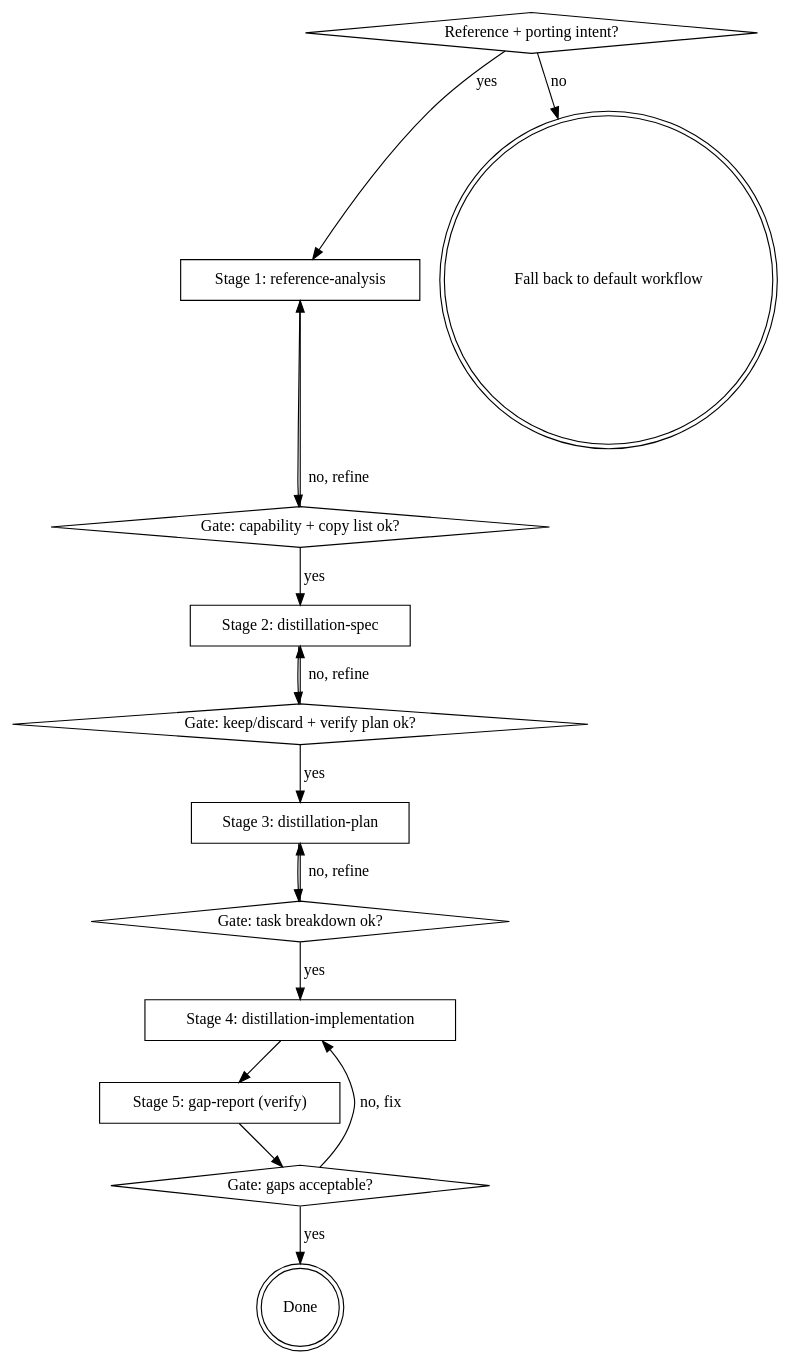
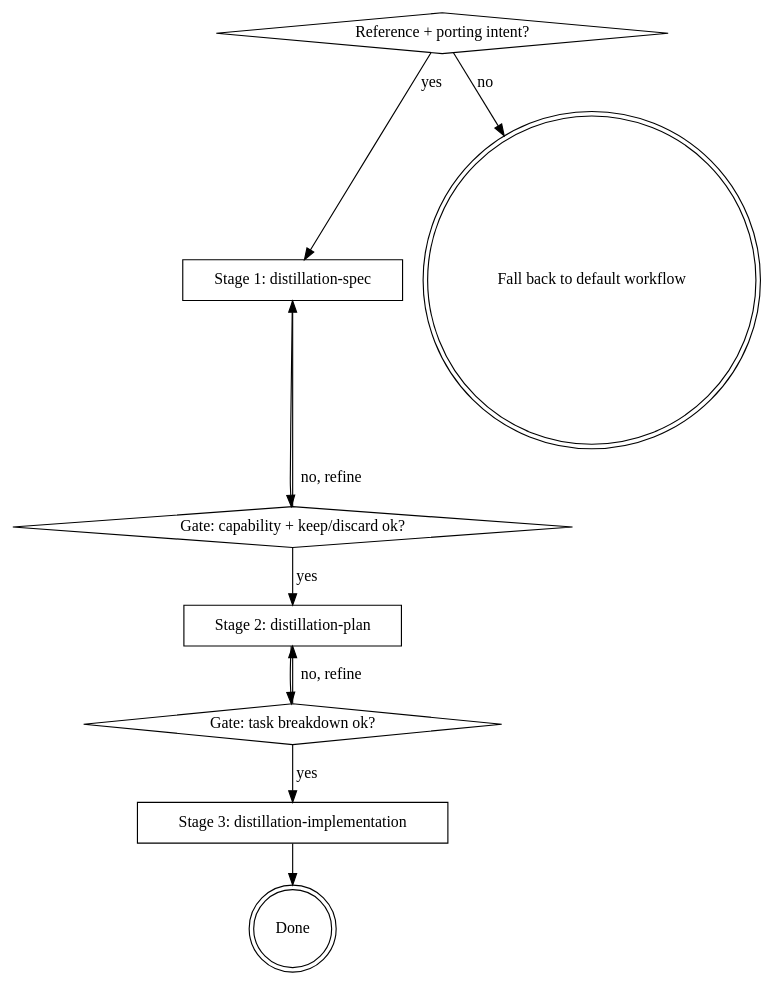
Before and after one commit to duongnghia222/code-distilling: the diagram in skills/using-code-distilling/SKILL.md, drawn with Graphviz. The commit also changed other lines of this file and 13 other files, not shown here.

````diff
--- a/skills/using-code-distilling/SKILL.md
+++ b/skills/using-code-distilling/SKILL.md
@@ -34,32 +34,22 @@
 ```dot
 digraph distilling {
     "Reference + porting intent?" [shape=diamond];
-    "Stage 1: reference-analysis" [shape=box];
-    "Gate: capability + copy list ok?" [shape=diamond];
-    "Stage 2: distillation-spec" [shape=box];
-    "Gate: keep/discard + verify plan ok?" [shape=diamond];
-    "Stage 3: distillation-plan" [shape=box];
+    "Stage 1: distillation-spec" [shape=box];
+    "Gate: capability + keep/discard ok?" [shape=diamond];
+    "Stage 2: distillation-plan" [shape=box];
     "Gate: task breakdown ok?" [shape=diamond];
-    "Stage 4: distillation-implementation" [shape=box];
-    "Stage 5: gap-report (verify)" [shape=box];
-    "Gate: gaps acceptable?" [shape=diamond];
+    "Stage 3: distillation-implementation" [shape=box];
     "Done" [shape=doublecircle];
     "Fall back to default workflow" [shape=doublecircle];
 
-    "Reference + porting intent?" -> "Stage 1: reference-analysis" [label="yes"];
+    "Reference + porting intent?" -> "Stage 1: distillation-spec" [label="yes"];
     "Reference + porting intent?" -> "Fall back to default workflow" [label="no"];
-    "Stage 1: reference-analysis" -> "Gate: capability + copy list ok?";
-    "Gate: capability + copy list ok?" -> "Stage 1: reference-analysis" [label="no, refine"];
-    "Gate: capability + copy list ok?" -> "Stage 2: distillation-spec" [label="yes"];
-    "Stage 2: distillation-spec" -> "Gate: keep/discard + verify plan ok?";
-    "Gate: keep/discard + verify plan ok?" -> "Stage 2: distillation-spec" [label="no, refine"];
-    "Gate: keep/discard + verify plan ok?" -> "Stage 3: distillation-plan" [label="yes"];
-    "Stage 3: distillation-plan" -> "Gate: task breakdown ok?";
-    "Gate: task breakdown ok?" -> "Stage 3: distillation-plan" [label="no, refine"];
-    "Gate: task breakdown ok?" -> "Stage 4: distillation-implementation" [label="yes"];
-    "Stage 4: distillation-implementation" -> "Stage 5: gap-report (verify)";
-    "Stage 5: gap-report (verify)" -> "Gate: gaps acceptable?";
-    "Gate: gaps acceptable?" -> "Stage 4: distillation-implementation" [label="no, fix"];
-    "Gate: gaps acceptable?" -> "Done" [label="yes"];
+    "Stage 1: distillation-spec" -> "Gate: capability + keep/discard ok?";
+    "Gate: capability + keep/discard ok?" -> "Stage 1: distillation-spec" [label="no, refine"];
+    "Gate: capability + keep/discard ok?" -> "Stage 2: distillation-plan" [label="yes"];
+    "Stage 2: distillation-plan" -> "Gate: task breakdown ok?";
+    "Gate: task breakdown ok?" -> "Stage 2: distillation-plan" [label="no, refine"];
+    "Gate: task breakdown ok?" -> "Stage 3: distillation-implementation" [label="yes"];
+    "Stage 3: distillation-implementation" -> "Done";
 }
 ```
````
